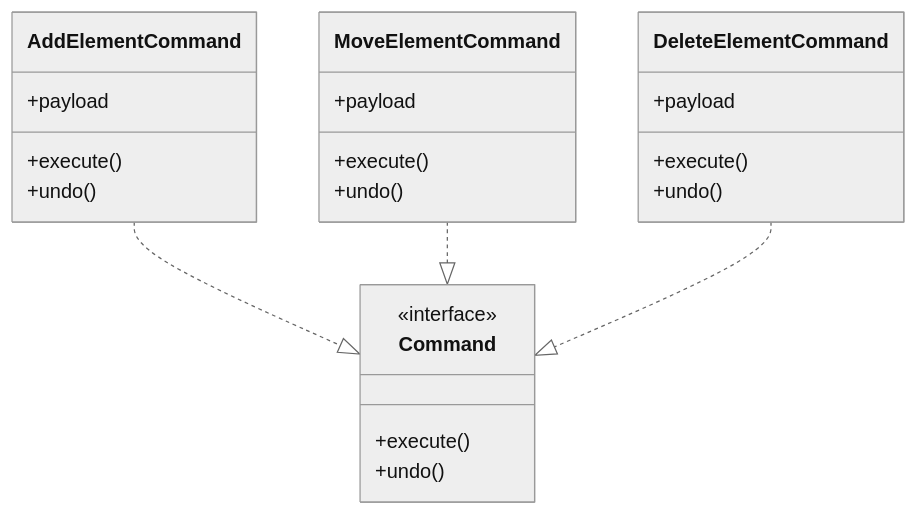
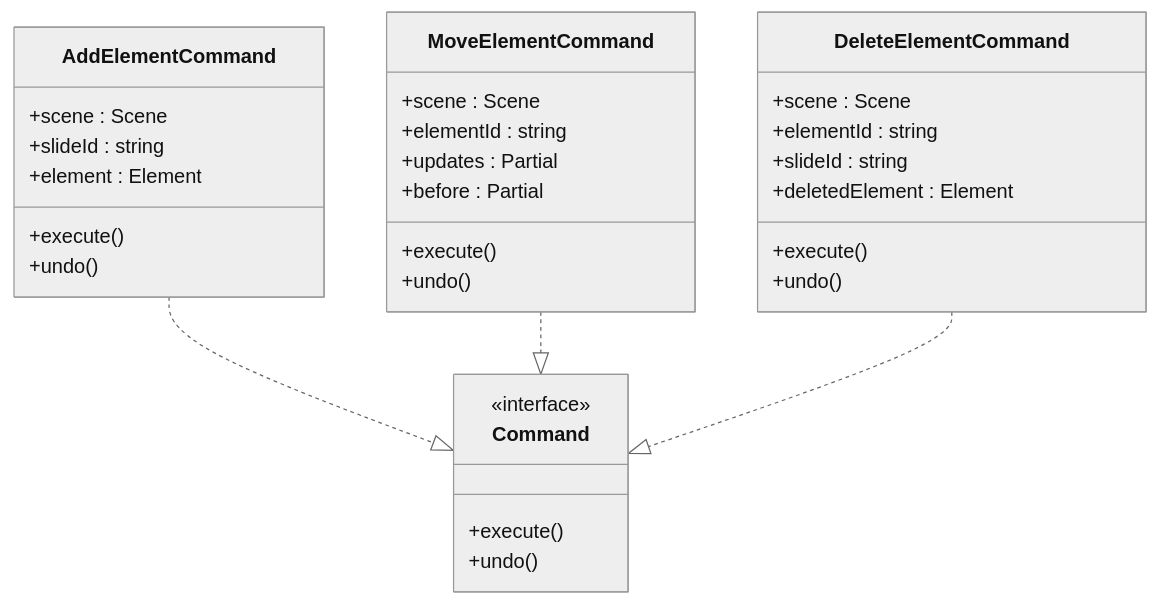
The fifth of 12 diagrams in .qoder/repowiki/en/content/Core Engine System/Core Engine System.md (Anna0314zy/ai_editor_enginer), drawn with Mermaid (neutral theme) before and after one commit. The commit also changed other lines of this file and 41 other files, not shown here.

````diff
--- a/.qoder/repowiki/en/content/Core Engine System/Core Engine System.md
+++ b/.qoder/repowiki/en/content/Core Engine System/Core Engine System.md
@@ -243,26 +306,34 @@
 ```mermaid
 classDiagram
 class Command {
 <<interface>>
 +execute()
 +undo()
 }
 class AddElementCommand {
-+payload
++scene : Scene
++slideId : string
++element : Element
 +execute()
 +undo()
 }
 class MoveElementCommand {
-+payload
++scene : Scene
++elementId : string
++updates : Partial
++before : Partial
 +execute()
 +undo()
 }
 class DeleteElementCommand {
-+payload
++scene : Scene
++elementId : string
++slideId : string
++deletedElement : Element
 +execute()
 +undo()
 }
 AddElementCommand ..|> Command
 MoveElementCommand ..|> Command
 DeleteElementCommand ..|> Command
 ```
````
